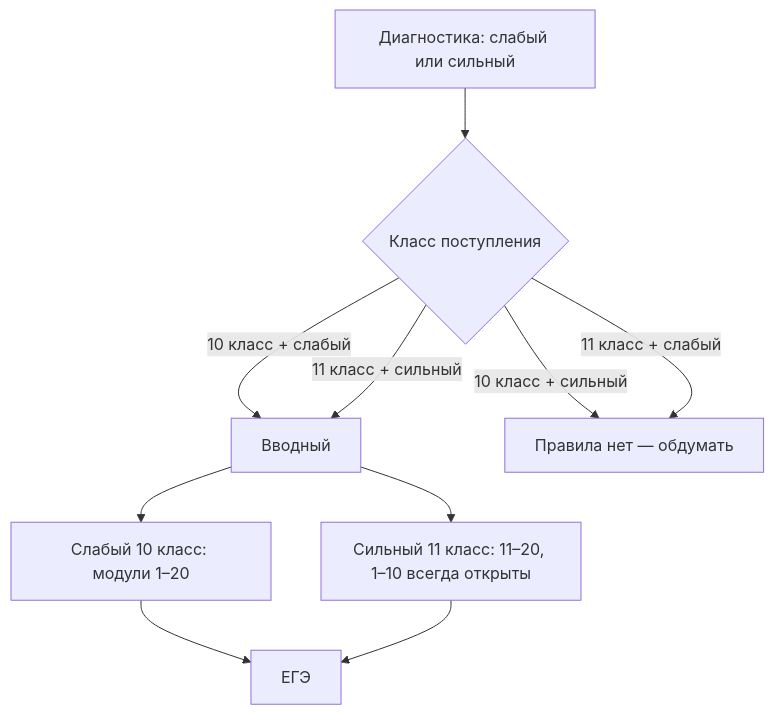
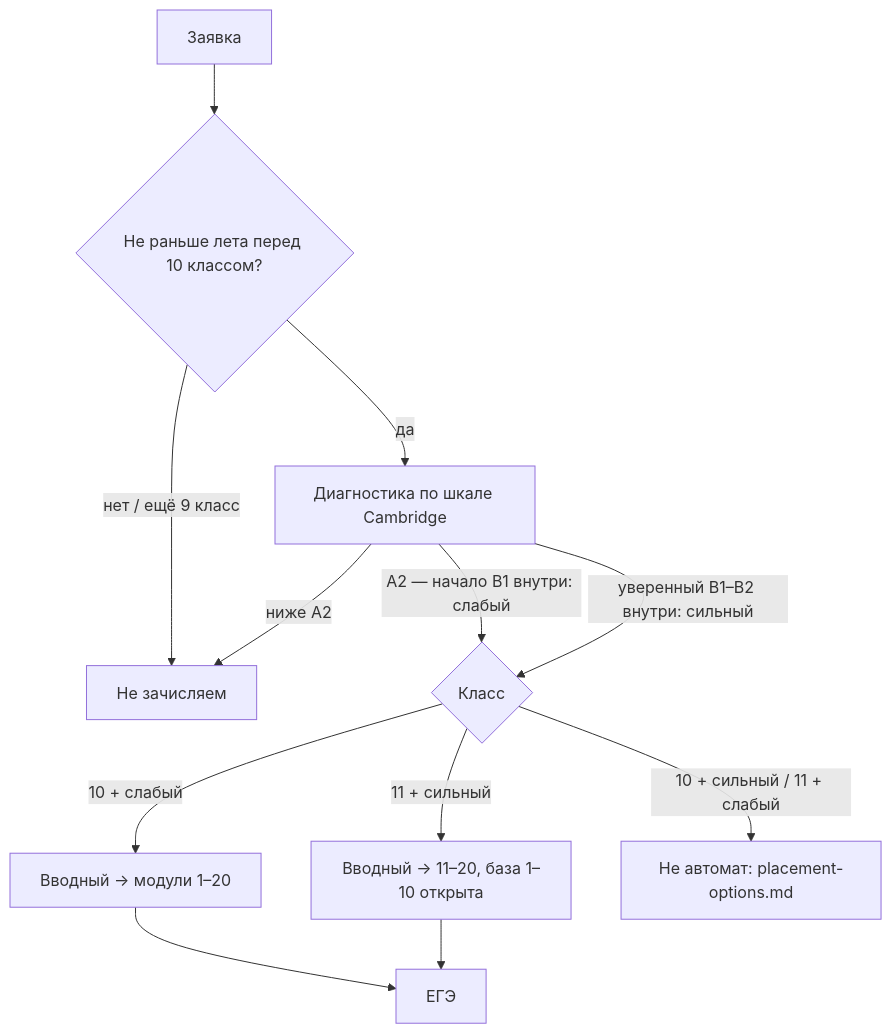
Before and after one commit to munlightshadow/music: the diagram in ege-english-course/README.md, drawn with Mermaid. The commit also changed other lines of this file and 58 other files, not shown here.

First line of the commit message:
Define internal-only placement bands and options for off-grid students.

````diff
--- a/ege-english-course/README.md
+++ b/ege-english-course/README.md
@@ -24,12 +24,14 @@
 ```mermaid
 flowchart TD
-  A[Диагностика: слабый или сильный] --> B{Класс поступления}
-  B -->|10 класс + слабый| C[Вводный]
-  B -->|11 класс + сильный| C
-  B -->|10 класс + сильный| Q[Правила нет — обдумать]
-  B -->|11 класс + слабый| Q
-  C --> D[Слабый 10 класс: модули 1–20]
-  C --> E[Сильный 11 класс: 11–20, 1–10 всегда открыты]
-  D --> F[ЕГЭ]
-  E --> F
+  R[Заявка] --> G{Не раньше лета перед 10 классом?}
+  G -->|нет / ещё 9 класс| X[Не зачисляем]
+  G -->|да| T[Диагностика по шкале Cambridge]
+  T -->|ниже A2| X
+  T -->|A2 — начало B1 внутри: слабый| C{Класс}
+  T -->|уверенный B1–B2 внутри: сильный| C
+  C -->|10 + слабый| I[Вводный → модули 1–20]
+  C -->|11 + сильный| J[Вводный → 11–20, база 1–10 открыта]
+  C -->|10 + сильный / 11 + слабый| Q[Не автомат: placement-options.md]
+  I --> F[ЕГЭ]
+  J --> F
 ```
````
